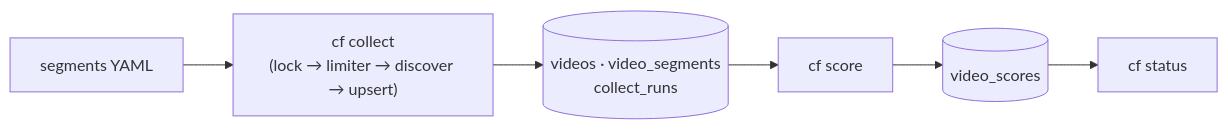
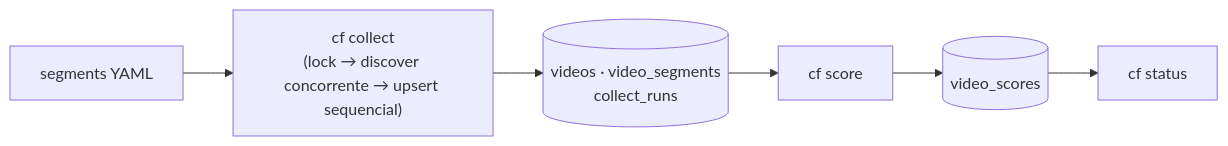
Before and after one commit to leonardodg/content-factory: the diagram in docs/manual/index.md, drawn with Mermaid. The commit also changed other lines of this file and 7 other files, not shown here.

````diff
--- a/docs/manual/index.md
+++ b/docs/manual/index.md
@@ -24,8 +24,8 @@
 ```mermaid
 flowchart LR
-    Y["segments YAML"] --> C["cf collect<br/>(lock → limiter → discover → upsert)"]
+    Y["segments YAML"] --> C["cf collect<br/>(lock → discover concorrente → upsert sequencial)"]
     C --> DB[("videos · video_segments<br/>collect_runs")]
     DB --> S["cf score"]
     S --> SC[("video_scores")]
     SC --> ST["cf status"]
 ```
````
